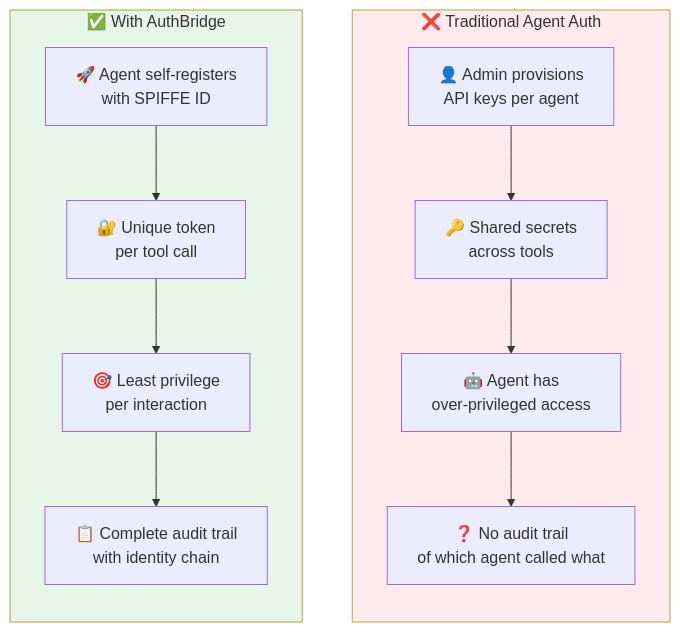
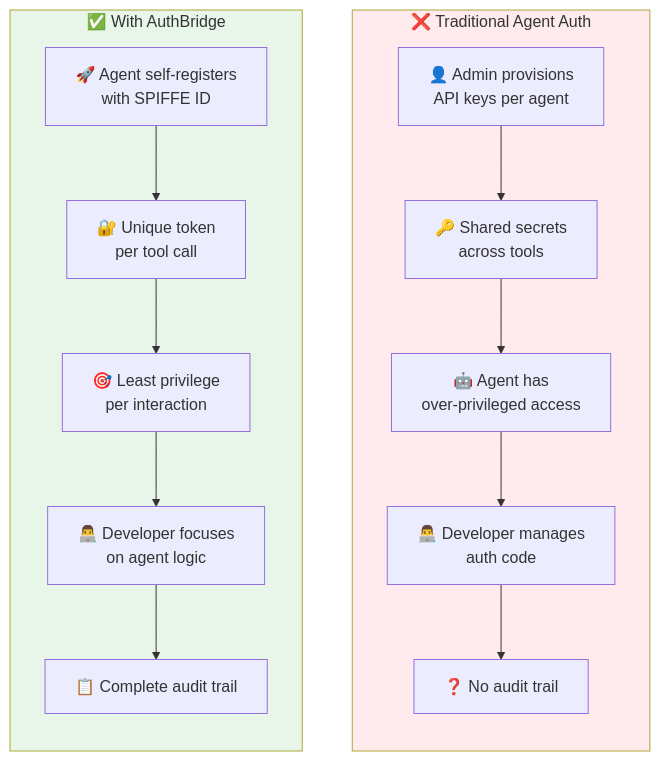
One commit to mrsabath/kagenti-extensions changed the ninth of 10 diagrams in AuthBridge/BLOG-agentic.md. Above: the diagram before and after it, drawn with Mermaid. The commit also changed other lines of this file, not shown here.

Commit message:
Add developer focus

````diff
--- a/AuthBridge/BLOG-agentic.md
+++ b/AuthBridge/BLOG-agentic.md
@@ -644,25 +626,27 @@
 ```mermaid
 flowchart TB
     subgraph Traditional["❌ Traditional Agent Auth"]
         direction TB
         T1["👤 Admin provisions<br/>API keys per agent"]
         T2["🔑 Shared secrets<br/>across tools"]
         T3["🤖 Agent has<br/>over-privileged access"]
-        T4["❓ No audit trail<br/>of which agent called what"]
+        T4["👨‍💻 Developer manages<br/>auth code"]
+        T5["❓ No audit trail"]
         
-        T1 --> T2 --> T3 --> T4
+        T1 --> T2 --> T3 --> T4 --> T5
     end
     
     subgraph AuthBridge["✅ With AuthBridge"]
         direction TB
         A1["🚀 Agent self-registers<br/>with SPIFFE ID"]
         A2["🔐 Unique token<br/>per tool call"]
         A3["🎯 Least privilege<br/>per interaction"]
-        A4["📋 Complete audit trail<br/>with identity chain"]
+        A4["👨‍💻 Developer focuses<br/>on agent logic"]
+        A5["📋 Complete audit trail"]
         
-        A1 --> A2 --> A3 --> A4
+        A1 --> A2 --> A3 --> A4 --> A5
     end
     
     style Traditional fill:#ffebee
     style AuthBridge fill:#e8f5e9
 ```
````
